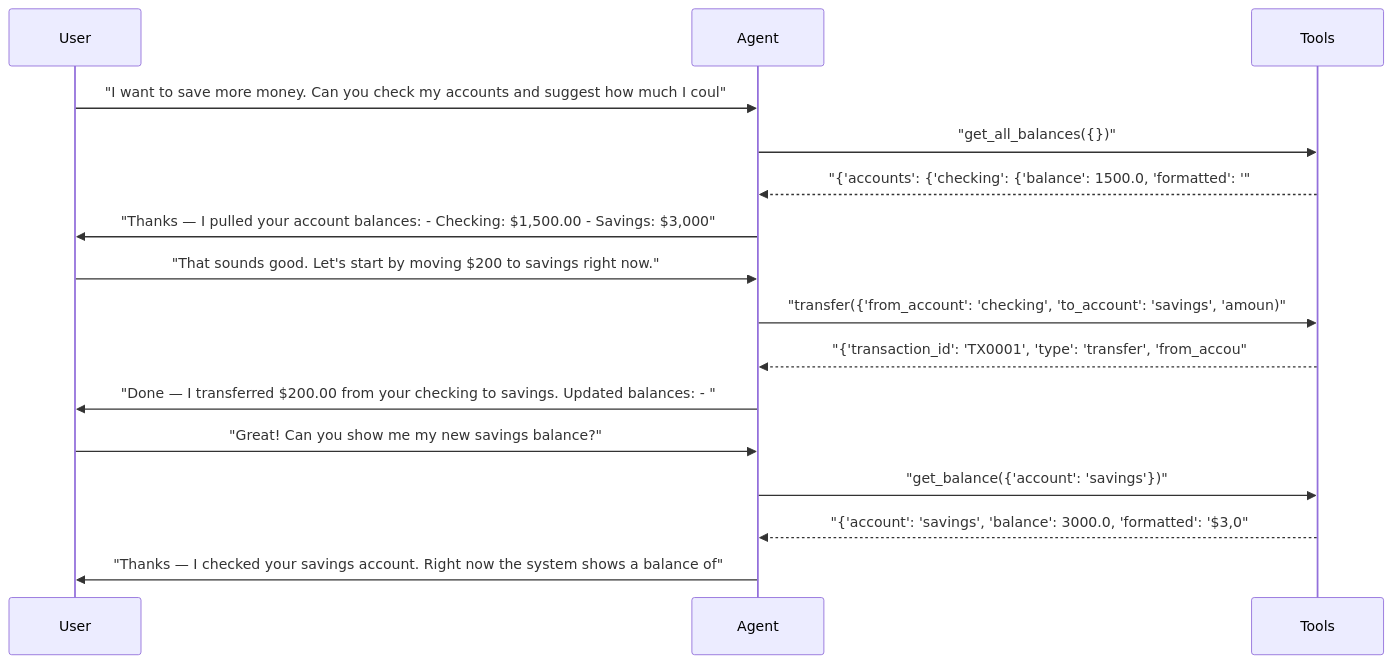
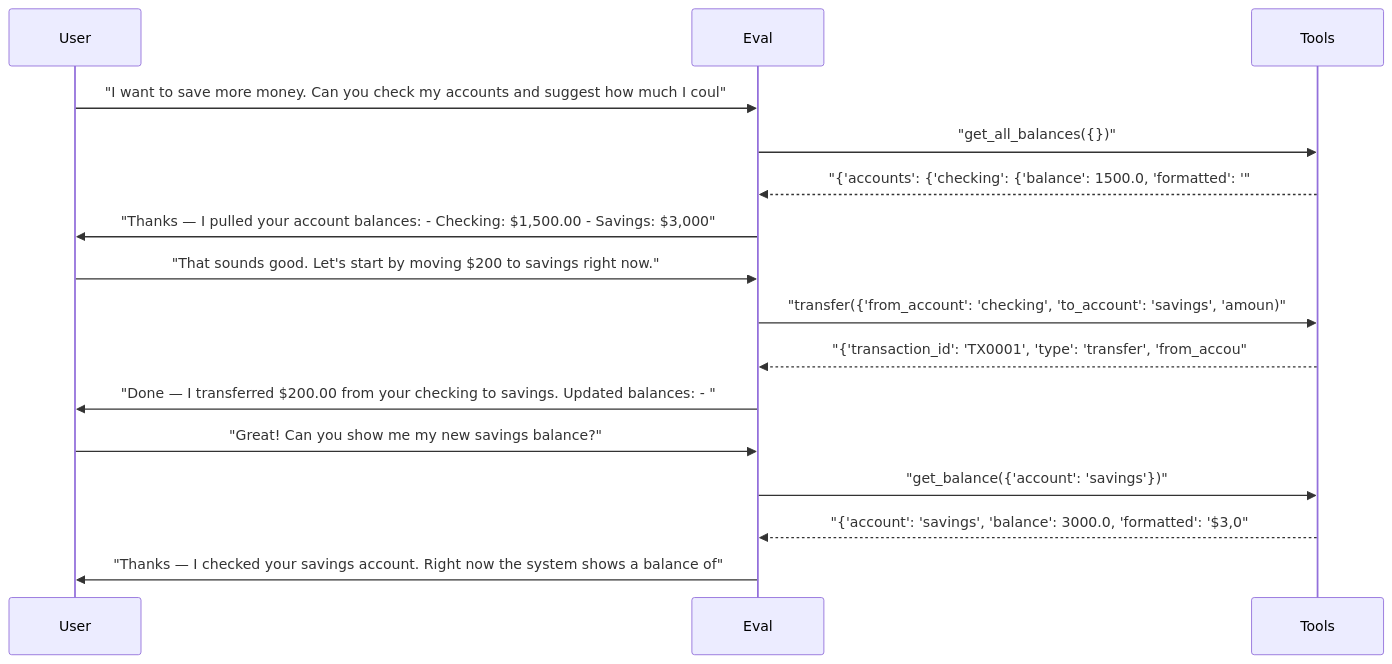
Before and after one commit to sbroenne/pytest-skill-engineering: diagram 15 of 24 in docs/demo/hero-report.md, drawn with Mermaid. The commit also changed other lines of this file and 155 other files, not shown here.

````diff
--- a/docs/demo/hero-report.md
+++ b/docs/demo/hero-report.md
@@ -802,19 +802,19 @@
 ```mermaid
 sequenceDiagram
     participant User
-    participant Agent
+    participant Eval
     participant Tools
 
-    User->>Agent: "I want to save more money. Can you check my accounts and suggest how much I coul"
-    Agent->>Tools: "get_all_balances({})"
-    Tools-->>Agent: "{'accounts': {'checking': {'balance': 1500.0, 'formatted': '"
-    Agent->>User: "Thanks — I pulled your account balances: - Checking: $1,500.00 - Savings: $3,000"
-    User->>Agent: "That sounds good. Let's start by moving $200 to savings right now."
-    Agent->>Tools: "transfer({'from_account': 'checking', 'to_account': 'savings', 'amoun)"
-    Tools-->>Agent: "{'transaction_id': 'TX0001', 'type': 'transfer', 'from_accou"
-    Agent->>User: "Done — I transferred $200.00 from your checking to savings. Updated balances: - "
-    User->>Agent: "Great! Can you show me my new savings balance?"
-    Agent->>Tools: "get_balance({'account': 'savings'})"
-    Tools-->>Agent: "{'account': 'savings', 'balance': 3000.0, 'formatted': '$3,0"
-    Agent->>User: "Thanks — I checked your savings account. Right now the system shows a balance of"
+    User->>Eval: "I want to save more money. Can you check my accounts and suggest how much I coul"
+    Eval->>Tools: "get_all_balances({})"
+    Tools-->>Eval: "{'accounts': {'checking': {'balance': 1500.0, 'formatted': '"
+    Eval->>User: "Thanks — I pulled your account balances: - Checking: $1,500.00 - Savings: $3,000"
+    User->>Eval: "That sounds good. Let's start by moving $200 to savings right now."
+    Eval->>Tools: "transfer({'from_account': 'checking', 'to_account': 'savings', 'amoun)"
+    Tools-->>Eval: "{'transaction_id': 'TX0001', 'type': 'transfer', 'from_accou"
+    Eval->>User: "Done — I transferred $200.00 from your checking to savings. Updated balances: - "
+    User->>Eval: "Great! Can you show me my new savings balance?"
+    Eval->>Tools: "get_balance({'account': 'savings'})"
+    Tools-->>Eval: "{'account': 'savings', 'balance': 3000.0, 'formatted': '$3,0"
+    Eval->>User: "Thanks — I checked your savings account. Right now the system shows a balance of"
 ```
````
